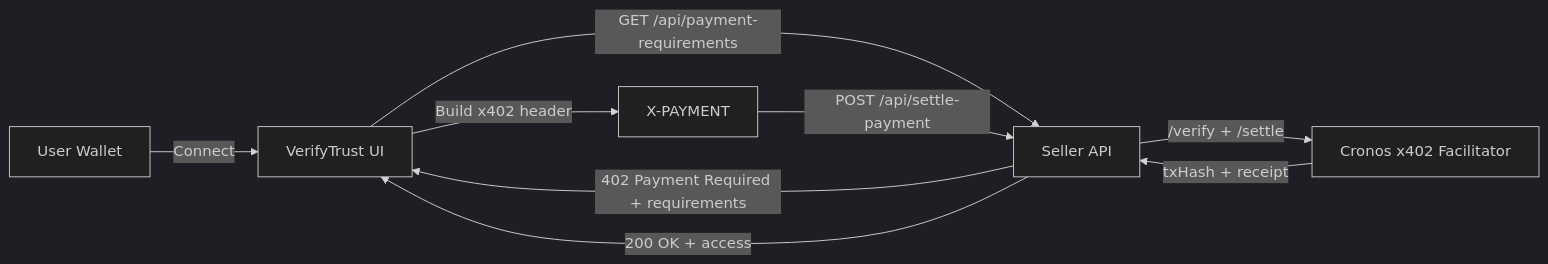
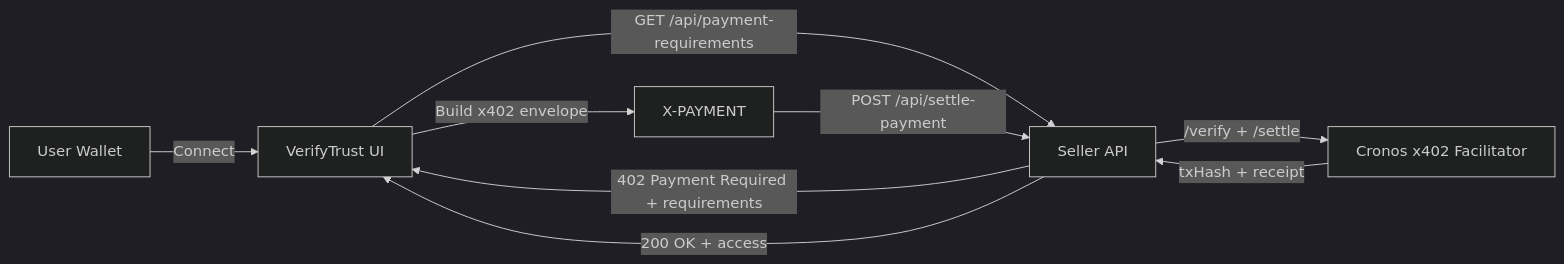
The first of 2 diagrams in x402.md (KingRaver/verifytrust.online), drawn with Mermaid (dark theme) before and after one commit. The commit also changed other lines of this file, not shown here.

````diff
--- a/x402.md
+++ b/x402.md
@@ -19,11 +27,11 @@
 ```mermaid
 flowchart LR
   U[User Wallet] -->|Connect| UI[VerifyTrust UI]
-  UI -->|GET /api/payment-requirements| SRV[Seller API]
-  SRV -->|402 Payment Required + requirements| UI
-  UI -->|Build x402 header| HDR[X-PAYMENT]
-  HDR -->|POST /api/settle-payment| SRV
-  SRV -->|/verify + /settle| FAC[Cronos x402 Facilitator]
-  FAC -->|txHash + receipt| SRV
-  SRV -->|200 OK + access| UI
+  UI -->|GET /api/payment-requirements| S[Seller API]
+  S -->|402 Payment Required + requirements| UI
+  UI -->|Build x402 envelope| H[X-PAYMENT]
+  H -->|POST /api/settle-payment| S
+  S -->|/verify + /settle| F[Cronos x402 Facilitator]
+  F -->|txHash + receipt| S
+  S -->|200 OK + access| UI
 ```
````
